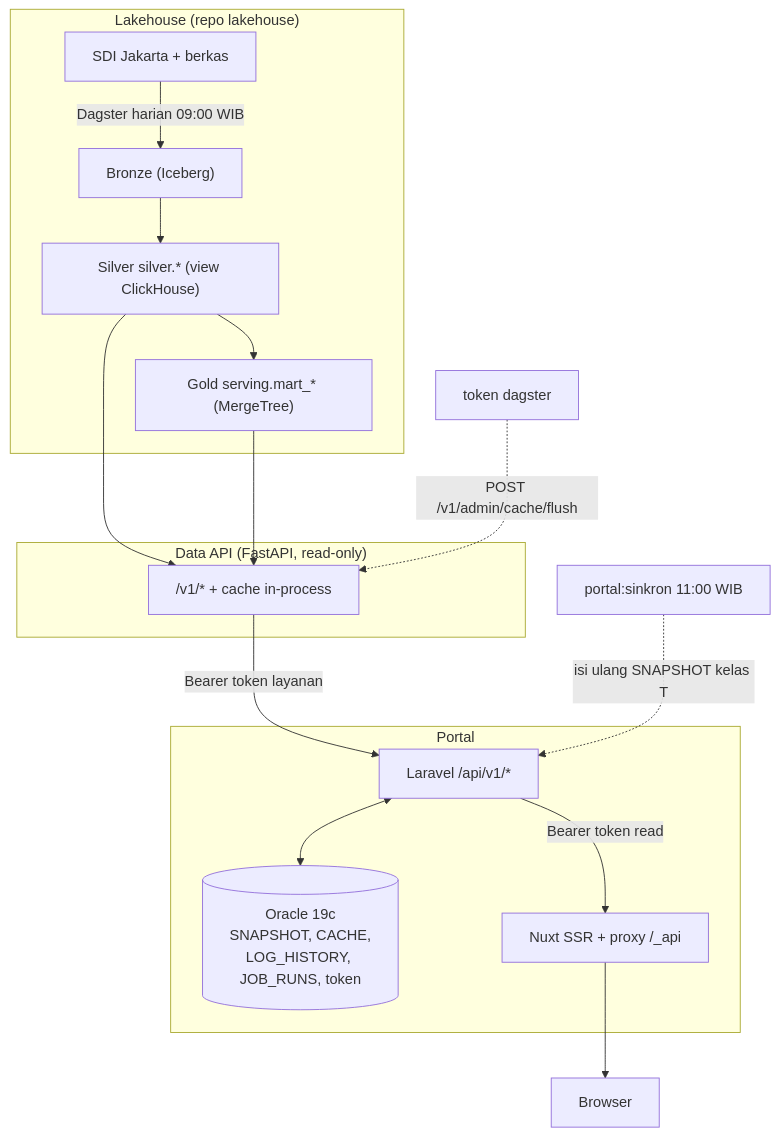
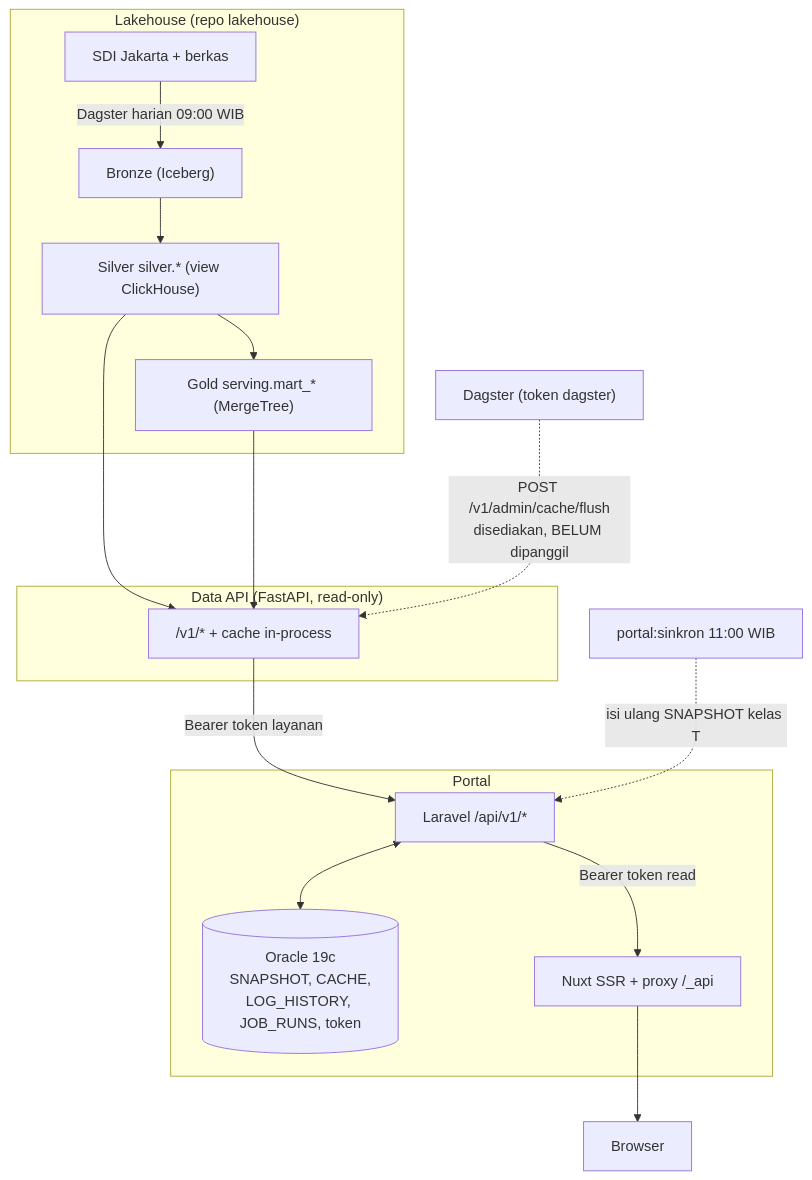
One commit to RantAI-dev/DisparDataPlatform changed the first of 2 diagrams in port/docs/data-diagram.md. Above: the diagram before and after it, drawn with Mermaid. The commit also changed other lines of this file and 30 other files, not shown here.

````diff
--- a/port/docs/data-diagram.md
+++ b/port/docs/data-diagram.md
@@ -11,24 +11,24 @@
 ```mermaid
 flowchart TB
     subgraph LAKE["Lakehouse (repo lakehouse)"]
         SDI["SDI Jakarta + berkas"] -->|"Dagster harian 09:00 WIB"| BR["Bronze (Iceberg)"]
         BR --> SV["Silver silver.* (view ClickHouse)"]
         SV --> GD["Gold serving.mart_* (MergeTree)"]
     end
     subgraph DAPI["Data API (FastAPI, read-only)"]
         DA["/v1/* + cache in-process"]
     end
     subgraph PORTAL["Portal"]
         LV["Laravel /api/v1/*"]
         OR[("Oracle 19c<br/>SNAPSHOT, CACHE,<br/>LOG_HISTORY, JOB_RUNS, token")]
         NX["Nuxt SSR + proxy /_api"]
     end
     SV --> DA
     GD --> DA
     DA -->|"Bearer token layanan"| LV
     LV <--> OR
     LV -->|"Bearer token read"| NX
     NX --> BRW["Browser"]
-    DAG["token dagster"] -.->|"POST /v1/admin/cache/flush"| DA
+    DAG["Dagster (token dagster)"] -.->|"POST /v1/admin/cache/flush<br/>disediakan, BELUM dipanggil"| DA
     CRON["portal:sinkron 11:00 WIB"] -.->|"isi ulang SNAPSHOT kelas T"| LV
 ```
````
